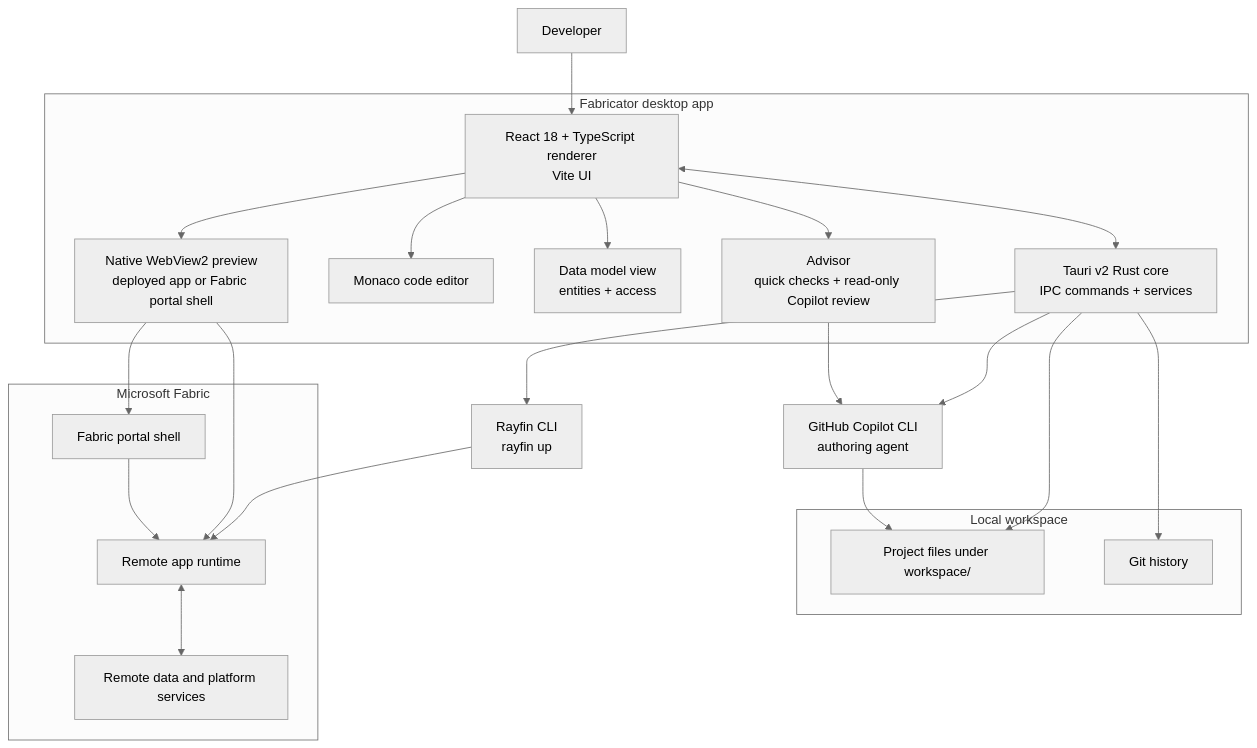
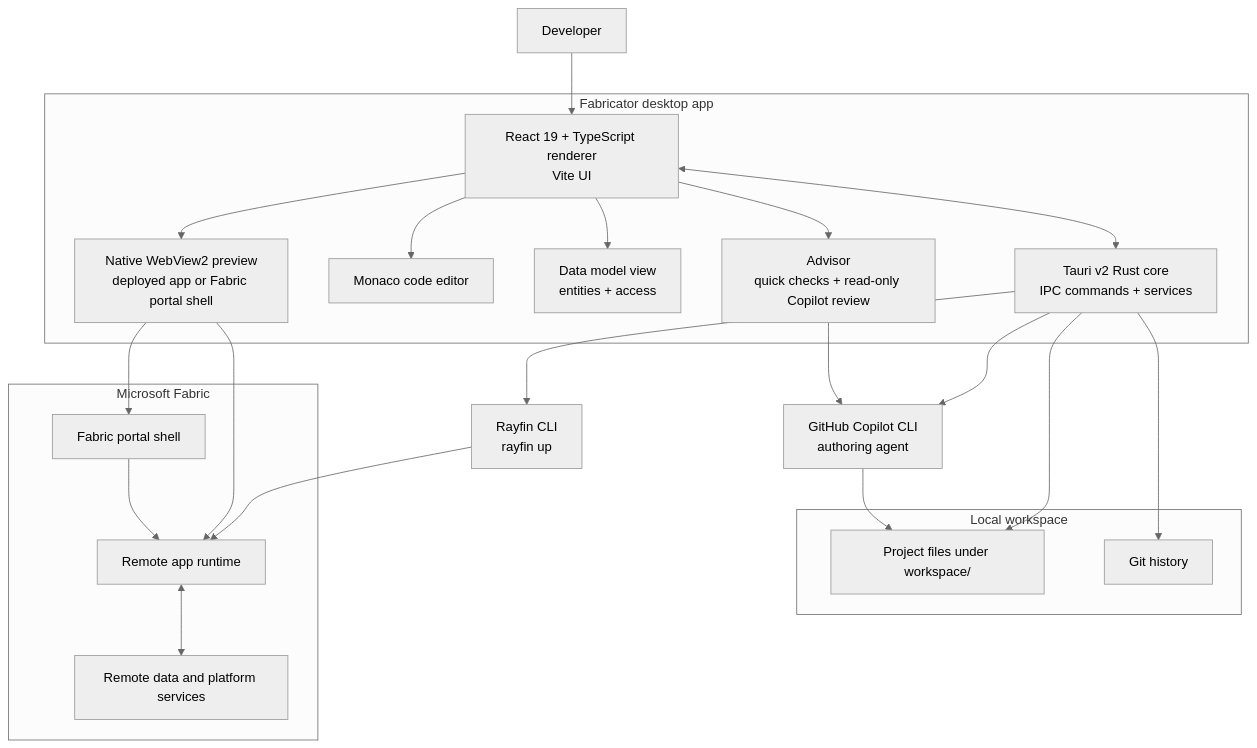
The diagram in CONTRIBUTING.md (BeSmarterWithData/rayfin-fabricator), drawn with Mermaid (neutral theme) before and after one commit. The commit also changed other lines of this file and 3 other files, not shown here.

````diff
--- a/CONTRIBUTING.md
+++ b/CONTRIBUTING.md
@@ -95,46 +95,46 @@
 ```mermaid
 flowchart TD
   User["Developer"]
 
   subgraph Desktop["Fabricator desktop app"]
-    Renderer["React 18 + TypeScript renderer<br/>Vite UI"]
+    Renderer["React 19 + TypeScript renderer<br/>Vite UI"]
     Core["Tauri v2 Rust core<br/>IPC commands + services"]
     Editor["Monaco code editor"]
     Model["Data model view<br/>entities + access"]
     Preview["Native WebView2 preview<br/>deployed app or Fabric portal shell"]
     Advisor["Advisor<br/>quick checks + read-only Copilot review"]
   end
 
   subgraph Local["Local workspace"]
     Files["Project files under workspace/"]
     Git["Git history"]
   end
 
   Copilot["GitHub Copilot CLI<br/>authoring agent"]
   Rayfin["Rayfin CLI<br/>rayfin up"]
 
   subgraph Fabric["Microsoft Fabric"]
     Runtime["Remote app runtime"]
     Data["Remote data and platform services"]
     Portal["Fabric portal shell"]
   end
 
   User --> Renderer
   Renderer <--> Core
   Renderer --> Editor
   Renderer --> Model
   Renderer --> Preview
   Renderer --> Advisor
 
   Core --> Files
   Core --> Git
   Core --> Copilot
   Core --> Rayfin
   Copilot --> Files
   Advisor --> Copilot
   Rayfin --> Runtime
   Runtime <--> Data
   Preview --> Runtime
   Preview --> Portal
   Portal --> Runtime
 ```
````
